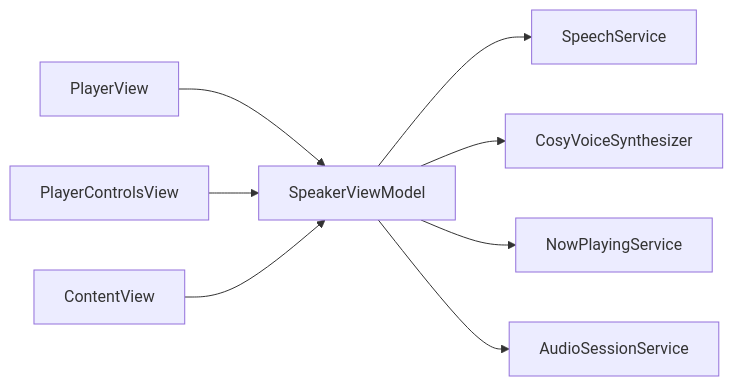
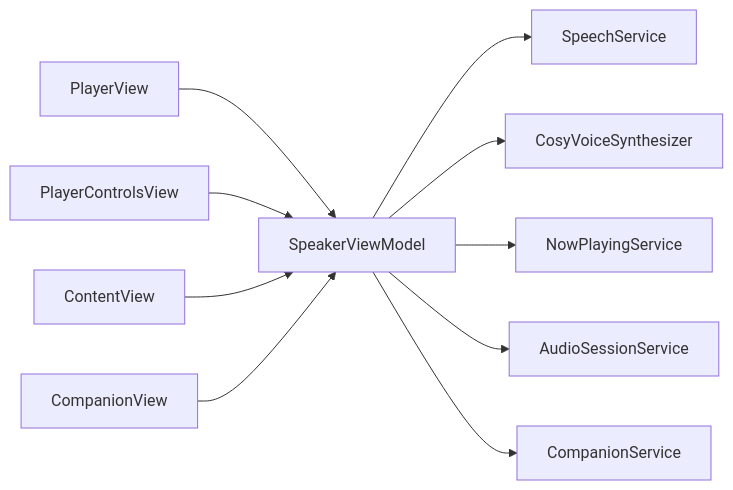
One commit to Primoguo/Knowledge changed diagram 11 of 11 in .qoder/repowiki/zh/content/架构设计/状态管理.md. Above: the diagram before and after it, drawn with Mermaid. The commit also changed other lines of this file and 32 other files, not shown here.

````diff
--- a/.qoder/repowiki/zh/content/架构设计/状态管理.md
+++ b/.qoder/repowiki/zh/content/架构设计/状态管理.md
@@ -420,10 +536,12 @@
 ```mermaid
 graph LR
 VM["SpeakerViewModel"] --> SP["SpeechService"]
 VM --> CV["CosyVoiceSynthesizer"]
 VM --> NPS["NowPlayingService"]
 VM --> ASS["AudioSessionService"]
+VM --> CS["CompanionService"]
 PV["PlayerView"] --> VM
 PCV["PlayerControlsView"] --> VM
 CVW["ContentView"] --> VM
+CBV["CompanionView"] --> VM
 ```
````
